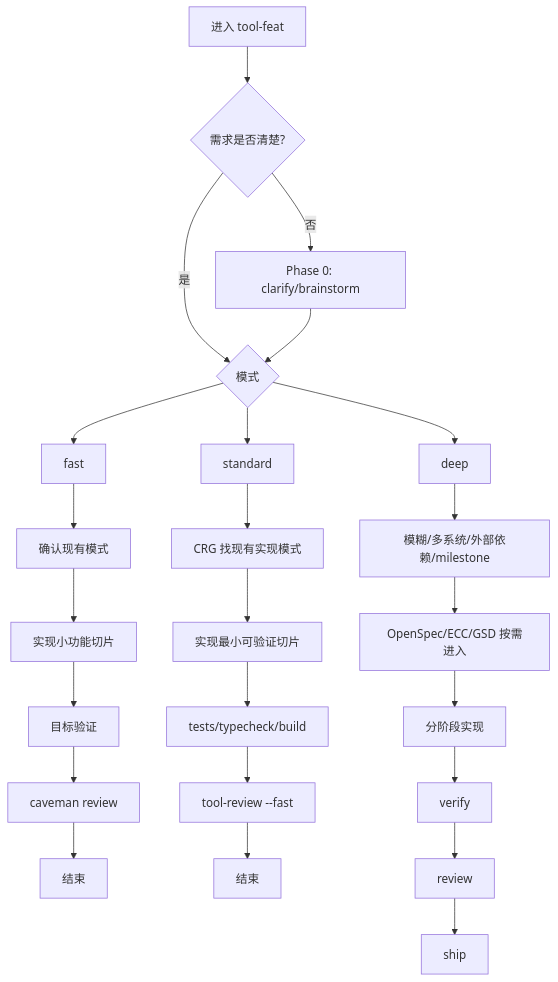
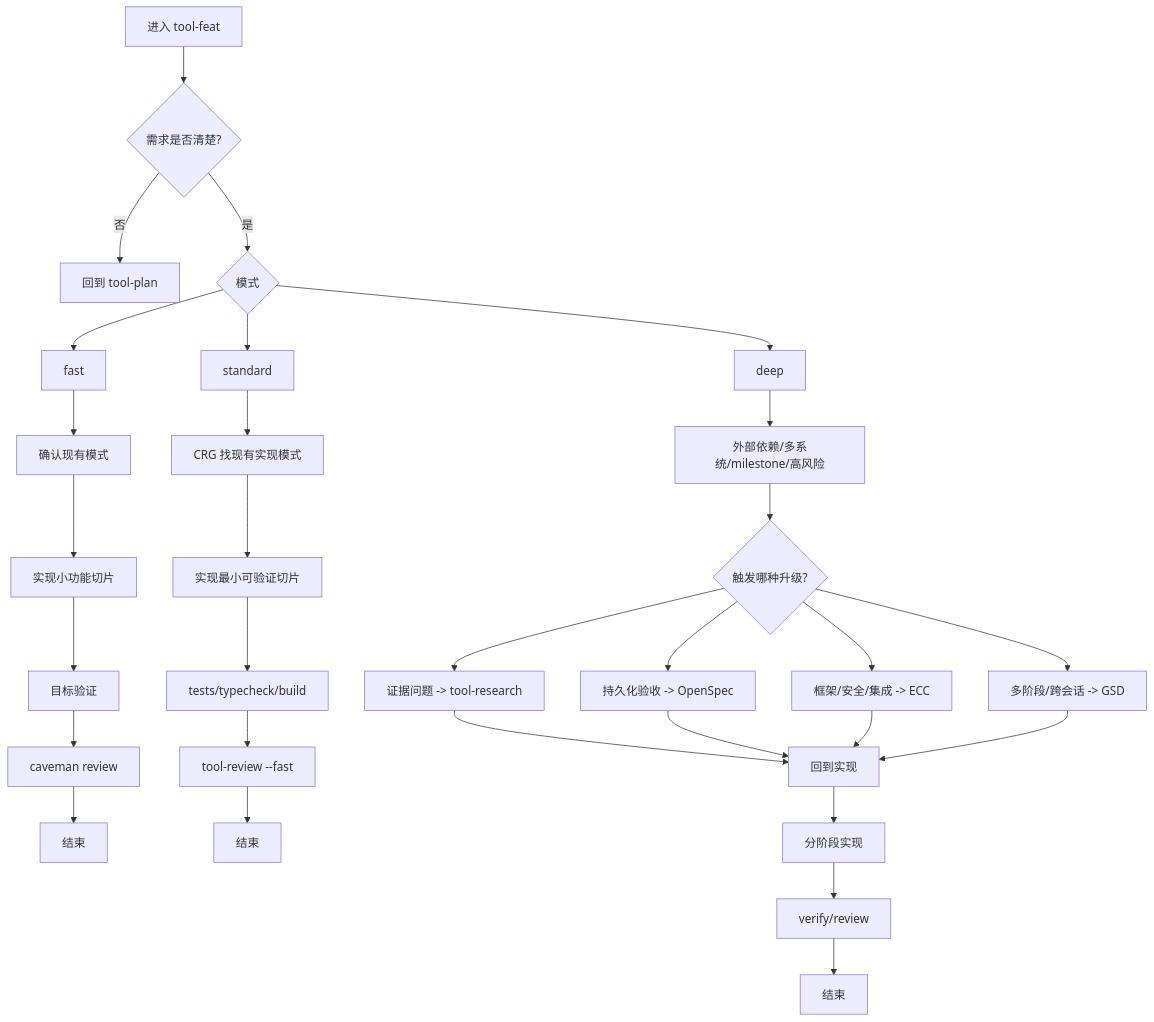
One commit to HunterXing/engineer-shovel changed the fourth of 11 diagrams in docs/mode-routing.md. Above: the diagram before and after it, drawn with Mermaid. The commit also changed other lines of this file and 25 other files, not shown here.

````diff
--- a/docs/mode-routing.md
+++ b/docs/mode-routing.md
@@ -325,30 +332,36 @@
 ```mermaid
 flowchart TD
     A[进入 tool-feat] --> B{需求是否清楚?}
-    B -- 否 --> P0[Phase 0: clarify/brainstorm]
+    B -- 否 --> P0[回到 tool-plan]
     B -- 是 --> C{模式}
-    P0 --> C
 
     C --> D[fast]
     C --> E[standard]
     C --> F[deep]
 
     D --> D1[确认现有模式]
     D1 --> D2[实现小功能切片]
     D2 --> D3[目标验证]
     D3 --> D4[caveman review]
     D4 --> D5[结束]
 
     E --> E1[CRG 找现有实现模式]
     E1 --> E2[实现最小可验证切片]
     E2 --> E3[tests/typecheck/build]
     E3 --> E4[tool-review --fast]
     E4 --> E5[结束]
 
-    F --> F1[模糊/多系统/外部依赖/milestone]
-    F1 --> F2[OpenSpec/ECC/GSD 按需进入]
-    F2 --> F3[分阶段实现]
-    F3 --> F4[verify]
-    F4 --> F5[review]
-    F5 --> F6[ship]
+    F --> F1[外部依赖/多系统/milestone/高风险]
+    F1 --> F2{触发哪种升级?}
+    F2 --> F3[证据问题 -> tool-research]
+    F2 --> F4[持久化验收 -> OpenSpec]
+    F2 --> F5[框架/安全/集成 -> ECC]
+    F2 --> F6[多阶段/跨会话 -> GSD]
+    F3 --> F7[回到实现]
+    F4 --> F7
+    F5 --> F7
+    F6 --> F7
+    F7 --> F8[分阶段实现]
+    F8 --> F9[verify/review]
+    F9 --> F10[结束]
 ```
````
